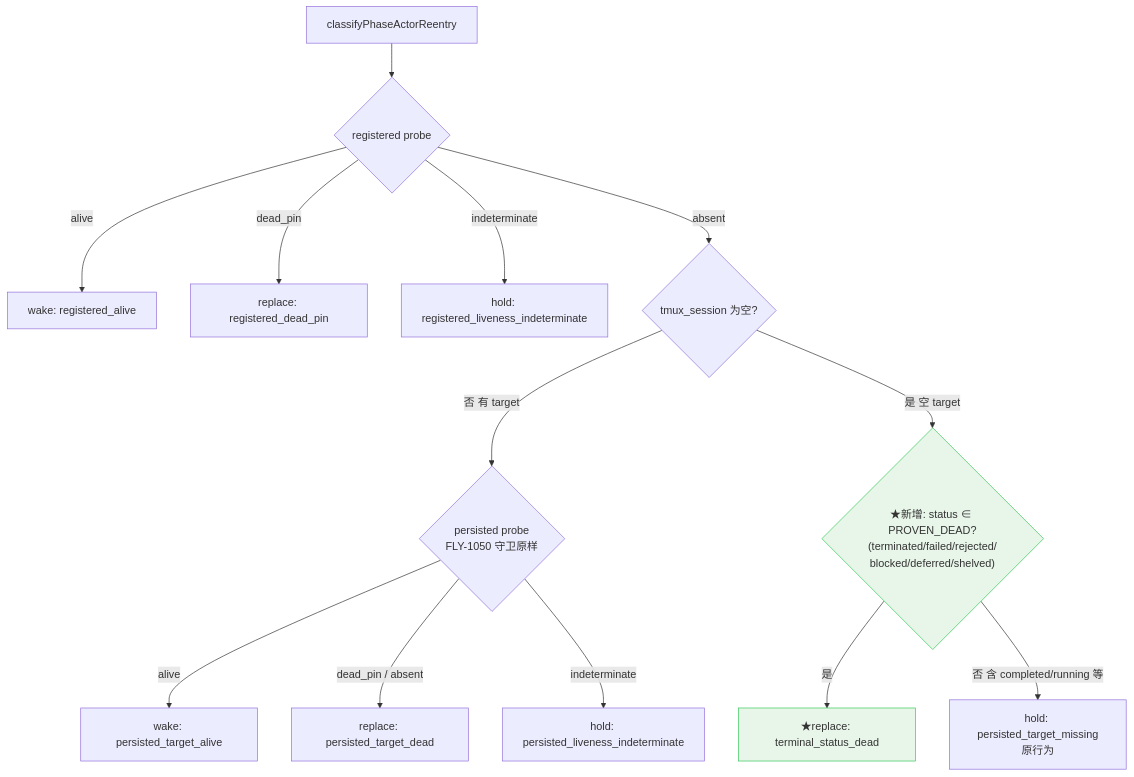
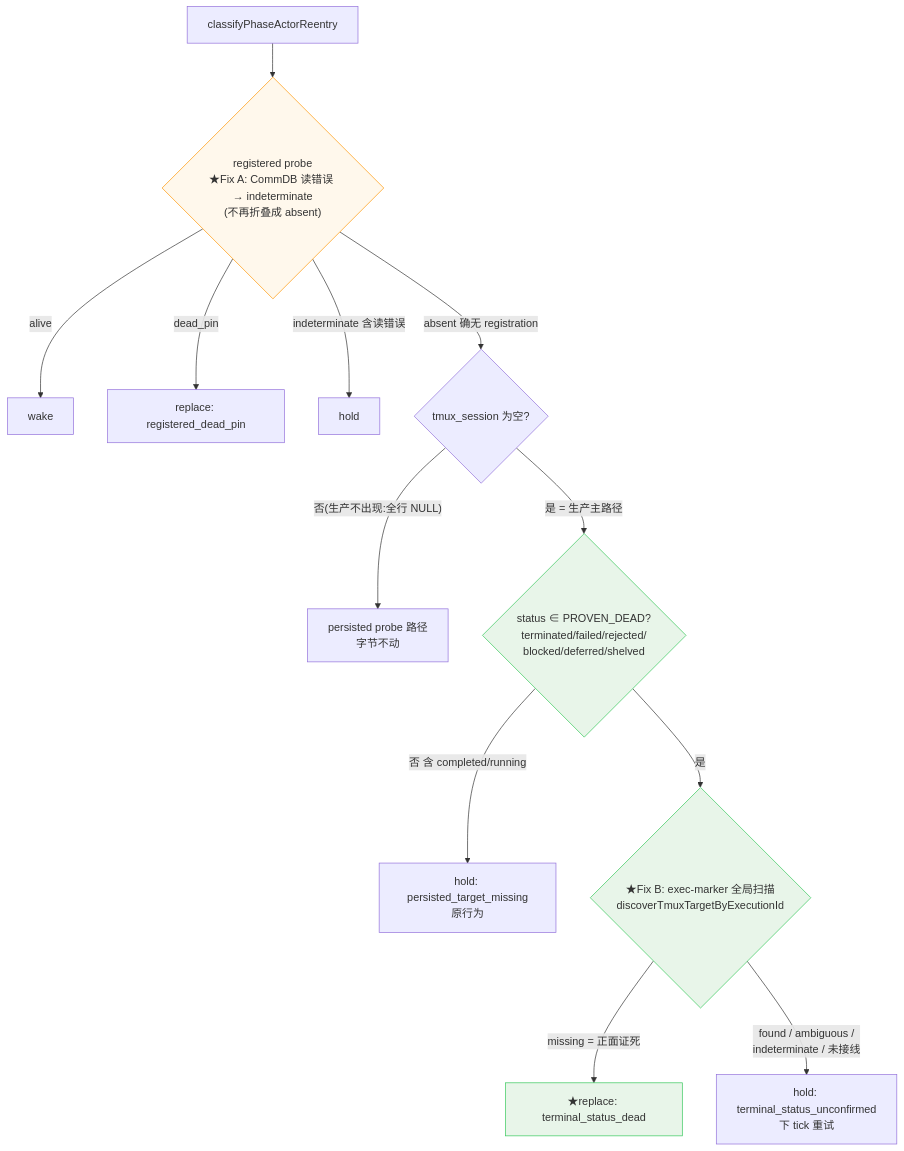
One commit to xrliAnnie/flywheel-qa-sandbox changed the diagram in engineering/doc/FLY-1462-rework-hold-terminated-holder/plan.md. Above: the diagram before and after it, drawn with Mermaid. The commit also changed other lines of this file and 3 other files, not shown here.

````diff
--- a/engineering/doc/FLY-1462-rework-hold-terminated-holder/plan.md
+++ b/engineering/doc/FLY-1462-rework-hold-terminated-holder/plan.md
@@ -13,18 +15,19 @@
 ```mermaid
 flowchart TD
-    A[classifyPhaseActorReentry] --> B{registered probe}
-    B -->|alive| W1[wake: registered_alive]
+    A[classifyPhaseActorReentry] --> B{"registered probe<br/>★Fix A: CommDB 读错误 → indeterminate<br/>(不再折叠成 absent)"}
+    B -->|alive| W1[wake]
     B -->|dead_pin| R1[replace: registered_dead_pin]
-    B -->|indeterminate| H1[hold: registered_liveness_indeterminate]
-    B -->|absent| C{tmux_session 为空?}
-    C -->|否 有 target| P{persisted probe<br/>FLY-1050 守卫原样}
-    P -->|alive| W2[wake: persisted_target_alive]
-    P -->|dead_pin / absent| R2[replace: persisted_target_dead]
-    P -->|indeterminate| H2[hold: persisted_liveness_indeterminate]
-    C -->|是 空 target| N{"★新增: status ∈ PROVEN_DEAD?<br/>(terminated/failed/rejected/<br/>blocked/deferred/shelved)"}
-    N -->|是| R3[★replace: terminal_status_dead]
-    N -->|否 含 completed/running 等| H3[hold: persisted_target_missing<br/>原行为]
+    B -->|indeterminate 含读错误| H1[hold]
+    B -->|absent 确无 registration| C{tmux_session 为空?}
+    C -->|"否(生产不出现:全行 NULL)"| P[persisted probe 路径<br/>字节不动]
+    C -->|是 = 生产主路径| N{"status ∈ PROVEN_DEAD?<br/>terminated/failed/rejected/<br/>blocked/deferred/shelved"}
+    N -->|否 含 completed/running| H3[hold: persisted_target_missing<br/>原行为]
+    N -->|是| S{"★Fix B: exec-marker 全局扫描<br/>discoverTmuxTargetByExecutionId"}
+    S -->|missing = 正面证死| R3[★replace: terminal_status_dead]
+    S -->|found / ambiguous /<br/>indeterminate / 未接线| H4[hold: terminal_status_unconfirmed<br/>下 tick 重试]
 
     style N fill:#e8f5e9,stroke:#34c759
+    style S fill:#e8f5e9,stroke:#34c759
     style R3 fill:#e8f5e9,stroke:#34c759
+    style B fill:#fff8ec,stroke:#ff9500
 ```
````
